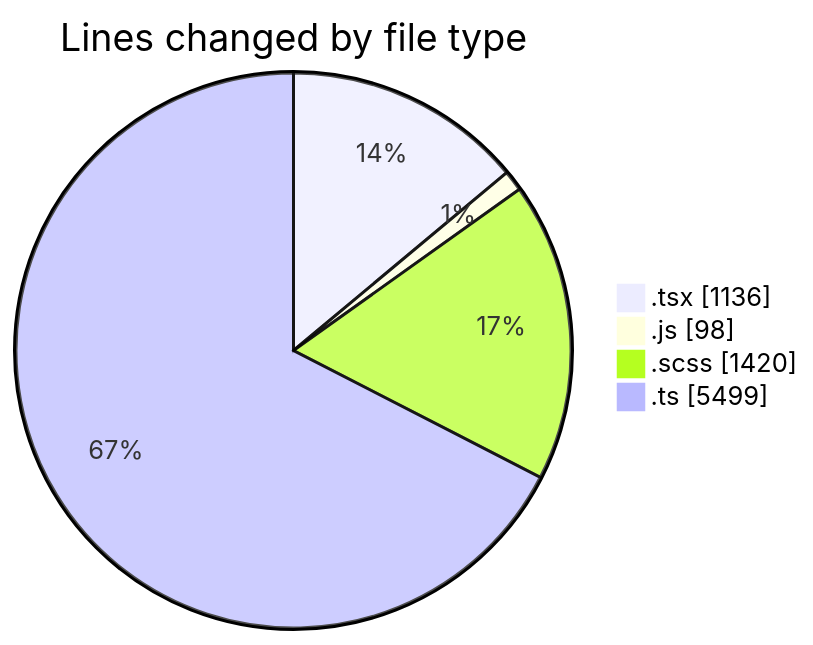
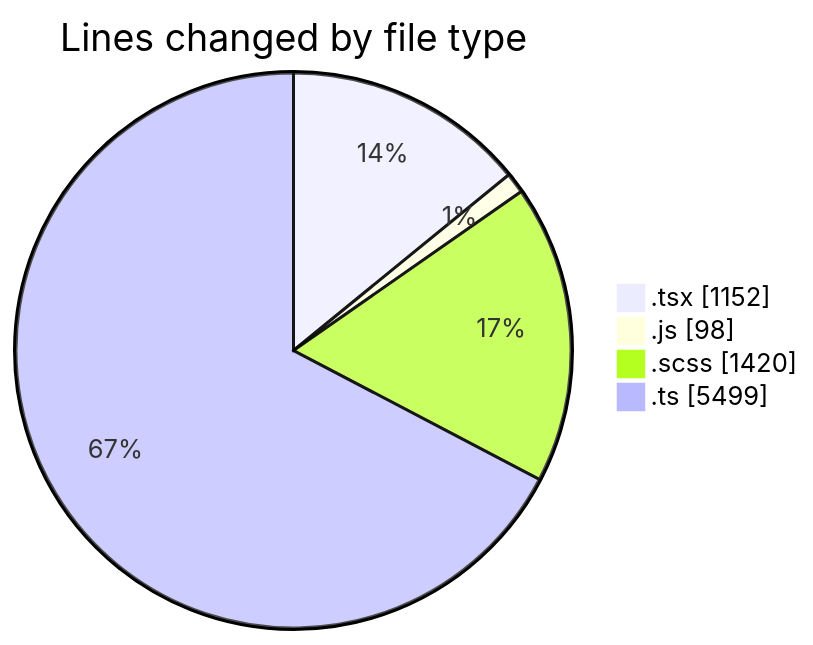
The first of 2 diagrams in 2025-03-31/cda/README.md (momahboobian/code-tracking), drawn with Mermaid before and after one commit. The commit also changed other lines of this file and 1 other file, not shown here.

````diff
--- a/2025-03-31/cda/README.md
+++ b/2025-03-31/cda/README.md
@@ -39,8 +39,8 @@
 ```mermaid
 pie showData
 title Lines changed by file type
-".tsx" : 1136
+".tsx" : 1152
 ".js" : 98
 ".scss" : 1420
 ".ts" : 5499
 ```
````
